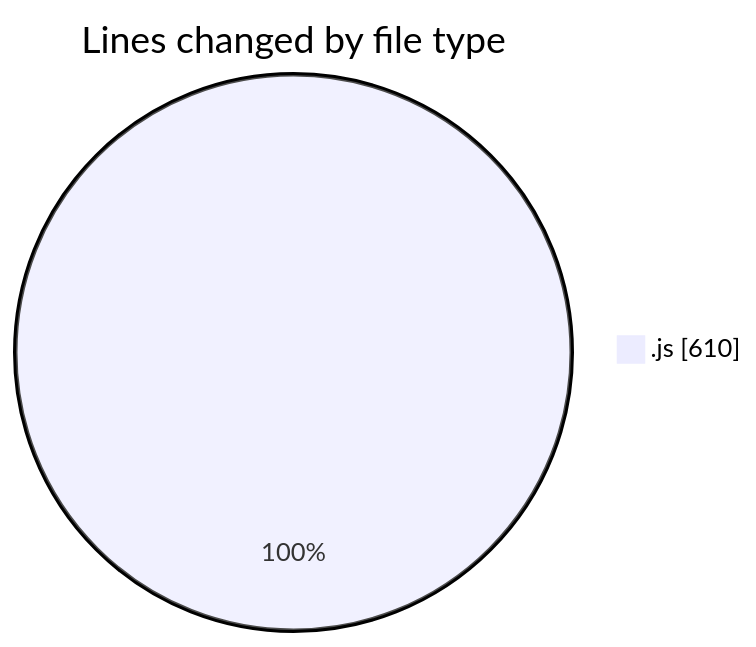
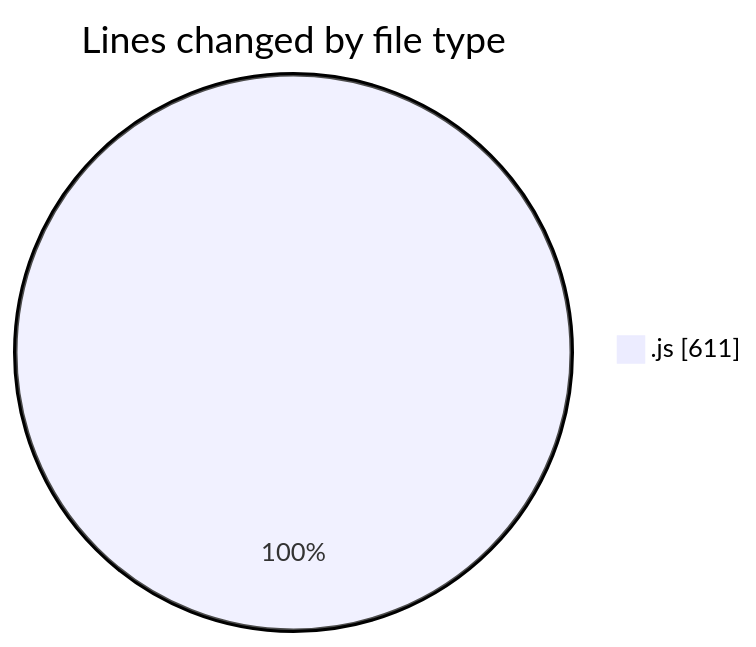
The first of 2 diagrams in 2026-01-15/nxtqube_webapp/README.md (nxtqubesakshisongat/code-tracking), drawn with Mermaid before and after one commit. The commit also changed other lines of this file and 1 other file, not shown here.

````diff
--- a/2026-01-15/nxtqube_webapp/README.md
+++ b/2026-01-15/nxtqube_webapp/README.md
@@ -20,5 +20,5 @@
 ```mermaid
 pie showData
 title Lines changed by file type
-".js" : 610
+".js" : 611
 ```
````
